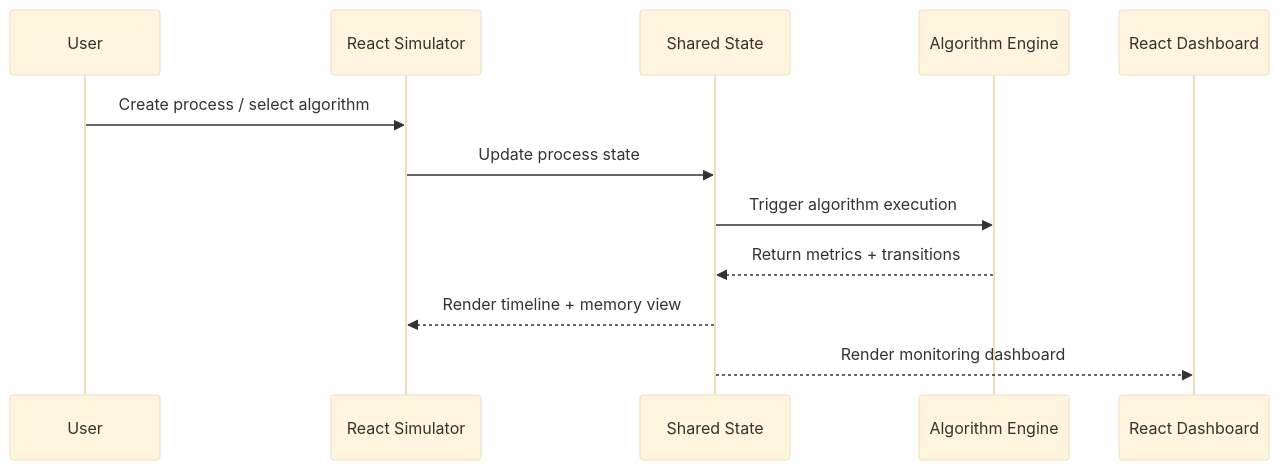
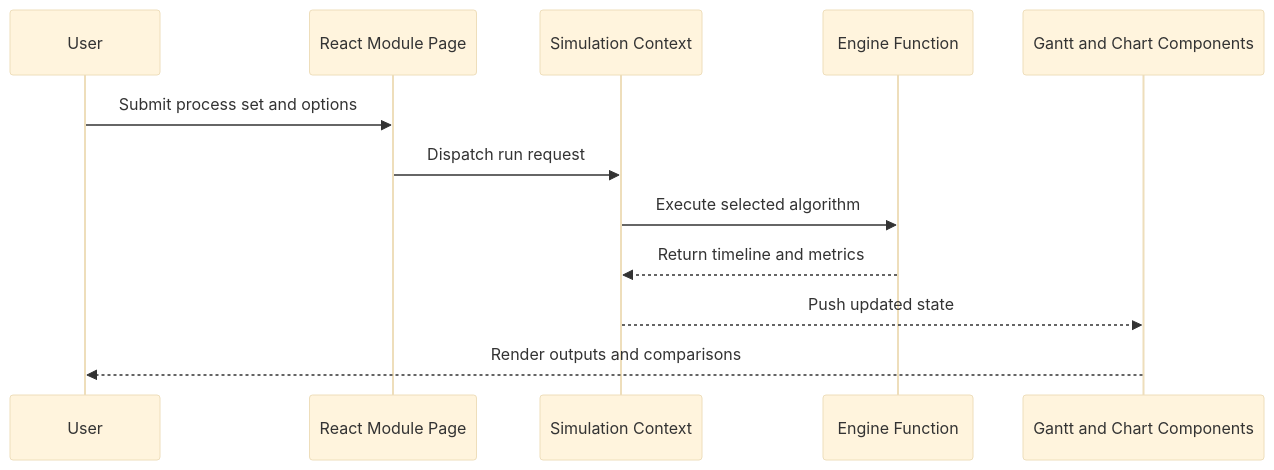
Before and after one commit to ramalokeshreddyp/KernelCanvas: the fourth of 6 diagrams in architecture.md, drawn with Mermaid (base theme). The commit also changed other lines of this file and 51 other files, not shown here.

````diff
--- a/architecture.md
+++ b/architecture.md
@@ -230,15 +92,15 @@
 ```mermaid
 sequenceDiagram
-  participant U as User
-  participant R as React Simulator
-  participant S as Shared State
-  participant E as Algorithm Engine
-  participant A as React Dashboard
+  participant User
+  participant UI as React Module Page
+  participant Ctx as Simulation Context
+  participant Eng as Engine Function
+  participant Viz as Gantt and Chart Components
 
-  U->>R: Create process / select algorithm
-  R->>S: Update process state
-  S->>E: Trigger algorithm execution
-  E-->>S: Return metrics + transitions
-  S-->>R: Render timeline + memory view
-  S-->>A: Render monitoring dashboard
+  User->>UI: Submit process set and options
+  UI->>Ctx: Dispatch run request
+  Ctx->>Eng: Execute selected algorithm
+  Eng-->>Ctx: Return timeline and metrics
+  Ctx-->>Viz: Push updated state
+  Viz-->>User: Render outputs and comparisons
 ```
````
